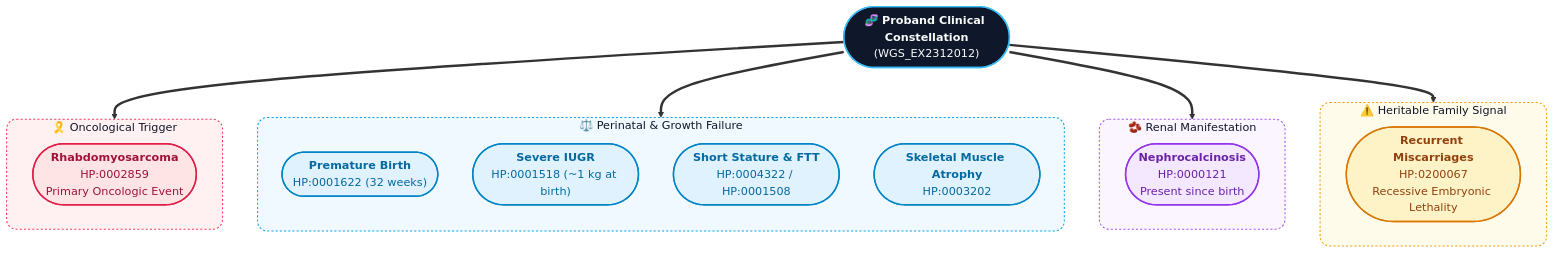
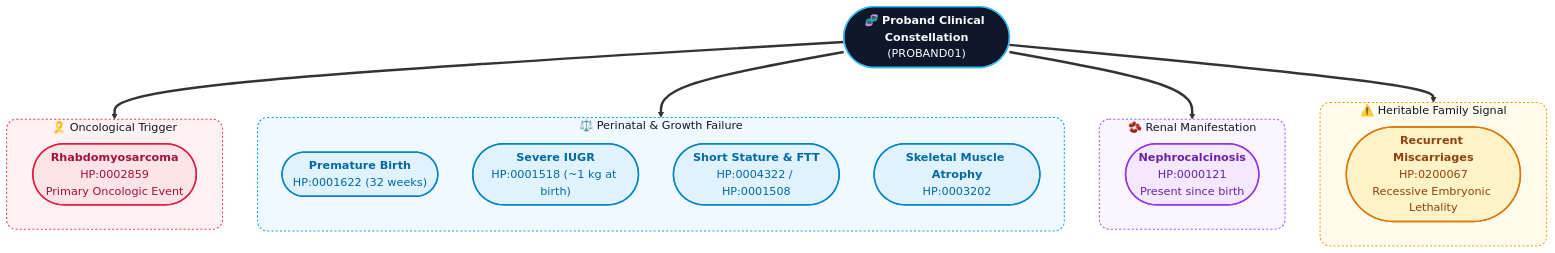
The second of 5 diagrams in track1/antocad3_methods_description.md (antocad/mva_hackathon), drawn with Mermaid before and after one commit. The commit also changed other lines of this file and 2 other files, not shown here.

Commit message:
track1_submission1

````diff
--- a/track1/antocad3_methods_description.md
+++ b/track1/antocad3_methods_description.md
@@ -89,40 +89,40 @@
 ```mermaid
 flowchart TD
     classDef core fill:#0f172a,stroke:#38bdf8,stroke-width:2px,color:#f8fafc,rx:14,ry:14;
     classDef cancer fill:#ffe4e6,stroke:#e11d48,stroke-width:2px,color:#9f1239,rx:12,ry:12;
     classDef growth fill:#e0f2fe,stroke:#0284c7,stroke-width:2px,color:#0369a1,rx:12,ry:12;
     classDef genetic fill:#fef3c7,stroke:#d97706,stroke-width:2px,color:#92400e,rx:12,ry:12;
     classDef organ fill:#f3e8ff,stroke:#9333ea,stroke-width:2px,color:#6b21a8,rx:12,ry:12;
 
-    Proband(["🧬 <b>Proband Clinical Constellation</b><br/>(WGS_EX2312012)"]):::core
+    Proband(["🧬 <b>Proband Clinical Constellation</b><br/>(PROBAND01)"]):::core
 
     subgraph OncoGroup[" 🎗️ <span style='color:#0f172a'>Oncological Trigger</span>  "]
         RMS(["<b>Rhabdomyosarcoma</b><br/>HP:0002859<br/>Primary Oncologic Event"]):::cancer
     end
 
     subgraph GrowthGroup[" ⚖️ <span style='color:#0f172a'>Perinatal & Growth Failure</span>  "]
         direction TB
         Prem(["<b>Premature Birth</b><br/>HP:0001622 (32 weeks)"]):::growth
         IUGR(["<b>Severe IUGR</b><br/>HP:0001518 (~1 kg at birth)"]):::growth
         Short(["<b>Short Stature & FTT</b><br/>HP:0004322 / HP:0001508"]):::growth
         Muscle(["<b>Skeletal Muscle Atrophy</b><br/>HP:0003202"]):::growth
     end
 
     subgraph OrganGroup[" 🫘 <span style='color:#0f172a'>Renal Manifestation</span>  "]
         Nephro(["<b>Nephrocalcinosis</b><br/>HP:0000121<br/>Present since birth"]):::organ
     end
 
     subgraph FamilyGroup[" ⚠️ <span style='color:#0f172a'>Heritable Family Signal</span> "]
         Miscarriage(["<b>Recurrent Miscarriages</b><br/>HP:0200067<br/>Recessive Embryonic Lethality"]):::genetic
     end
 
     Proband ==> OncoGroup
     Proband ==> GrowthGroup
     Proband ==> OrganGroup
     Proband ==> FamilyGroup
 
     style OncoGroup fill:#fff1f2,stroke:#f43f5e,stroke-width:1.5px,stroke-dasharray: 3 3,rx:14,ry:14
     style GrowthGroup fill:#f0f9ff,stroke:#0ea5e9,stroke-width:1.5px,stroke-dasharray: 3 3,rx:14,ry:14
     style OrganGroup fill:#faf5ff,stroke:#a855f7,stroke-width:1.5px,stroke-dasharray: 3 3,rx:14,ry:14
     style FamilyGroup fill:#fffbeb,stroke:#f59e0b,stroke-width:1.5px,stroke-dasharray: 3 3,rx:14,ry:14
 ```
````
